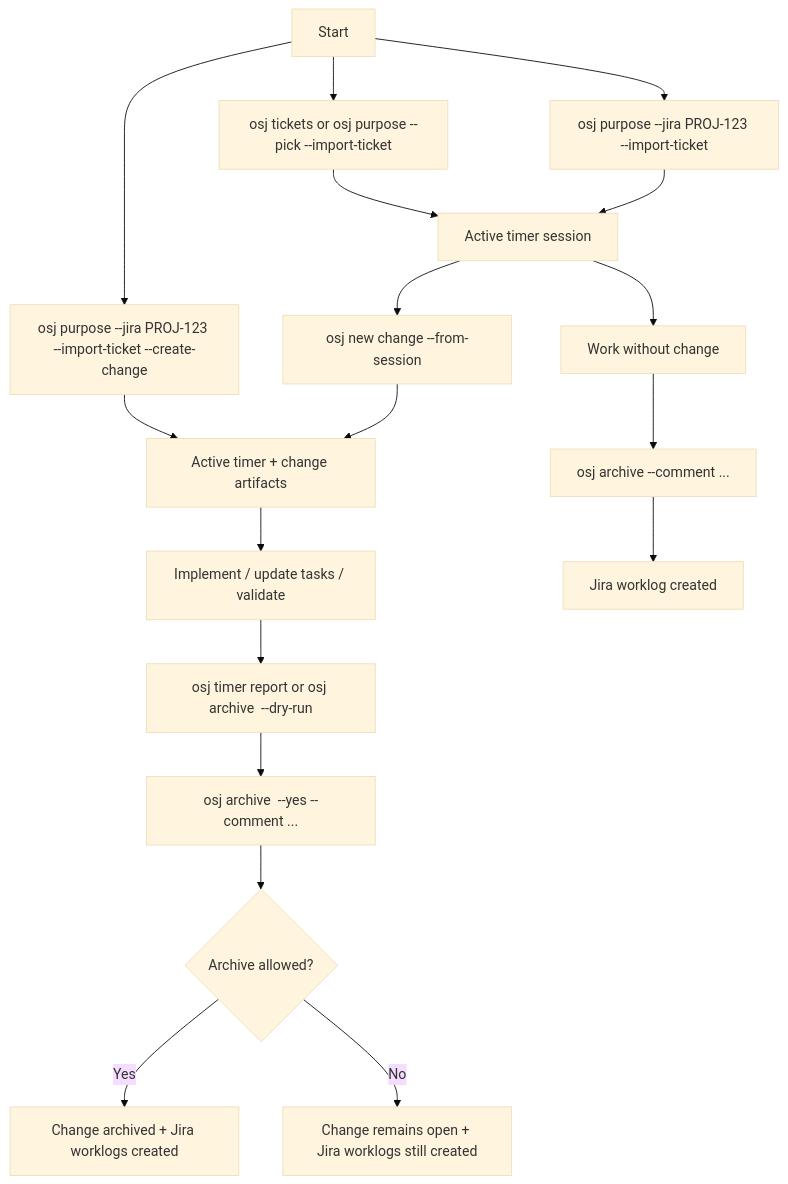
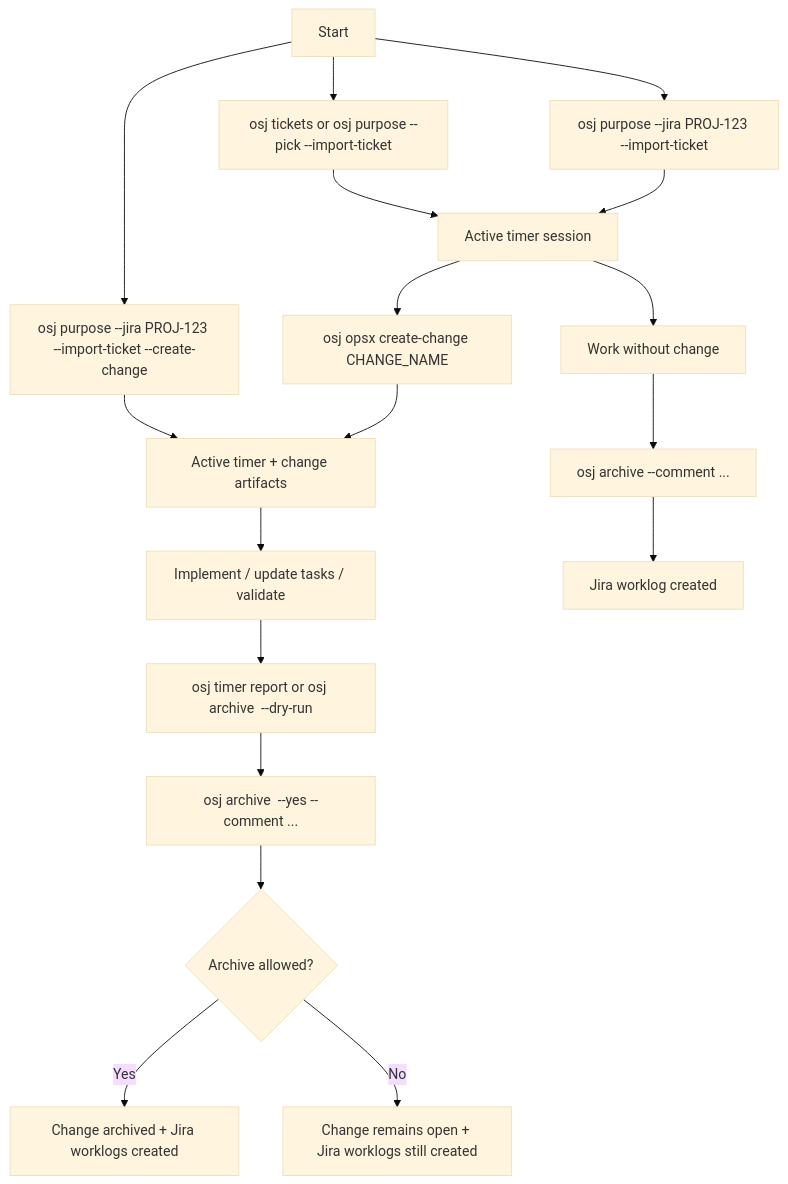
One commit to embrana/AutomateIA changed the first of 7 diagrams in README.md. Above: the diagram before and after it, drawn with Mermaid (base theme). The commit also changed other lines of this file and 25 other files, not shown here.

````diff
--- a/README.md
+++ b/README.md
@@ -170,20 +190,20 @@
 ```mermaid
 flowchart TD
     A["Start"] --> B["osj tickets or osj purpose --pick --import-ticket"]
     A --> C["osj purpose --jira PROJ-123 --import-ticket"]
     A --> D["osj purpose --jira PROJ-123 --import-ticket --create-change"]
     B --> E["Active timer session"]
     C --> E
     D --> F["Active timer + change artifacts"]
-    E --> G["osj new change --from-session"]
+    E --> G["osj opsx create-change CHANGE_NAME"]
     E --> H["Work without change"]
     G --> F
     F --> I["Implement / update tasks / validate"]
     H --> J["osj archive --comment ..."]
     I --> K["osj timer report or osj archive <change> --dry-run"]
     K --> L["osj archive <change> --yes --comment ..."]
     J --> M["Jira worklog created"]
     L --> N{"Archive allowed?"}
     N -->|"Yes"| O["Change archived + Jira worklogs created"]
     N -->|"No"| P["Change remains open + Jira worklogs still created"]
 ```
````
